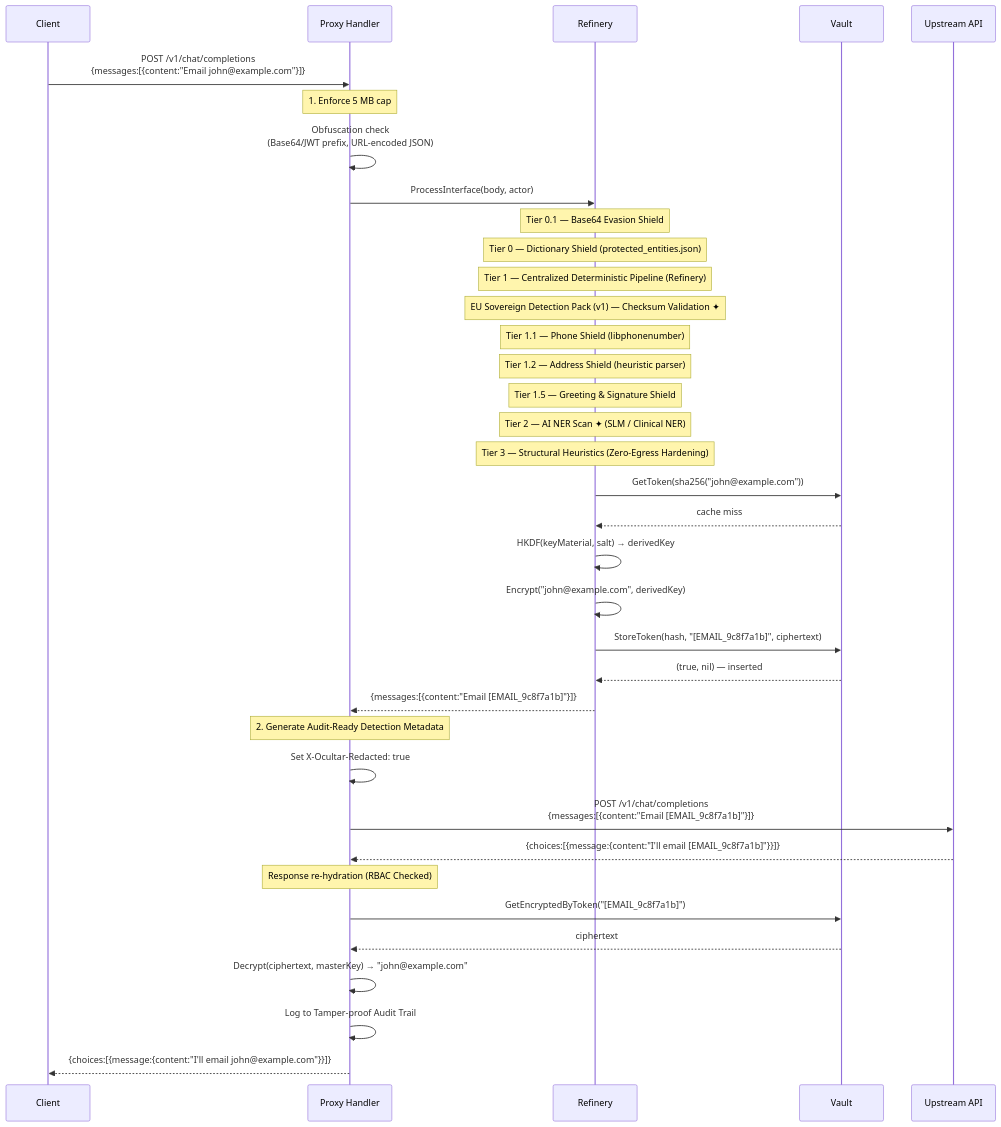
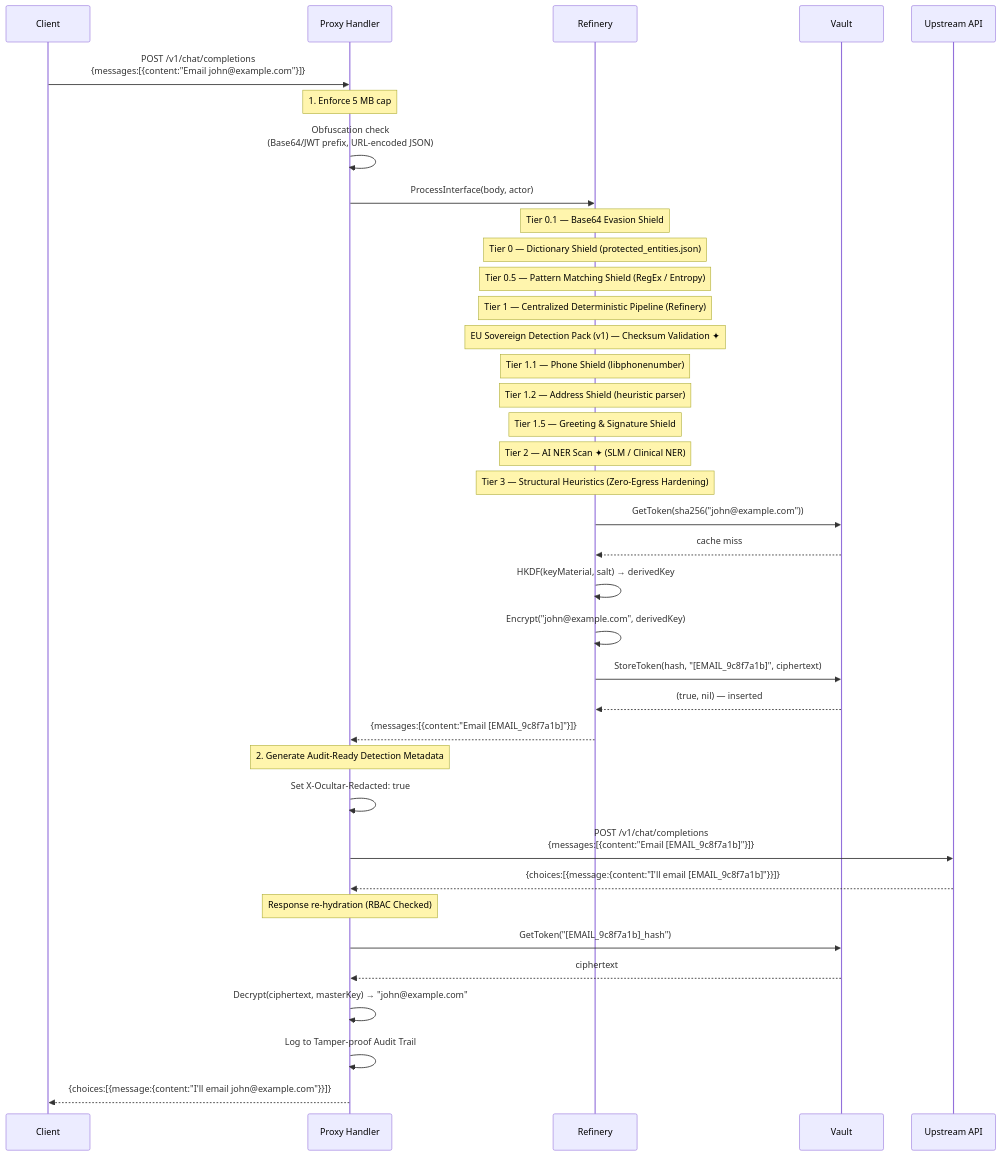
One commit to Edu963/ocultar changed the third of 5 diagrams in docs/reference/ARCHITECTURE.md. Above: the diagram before and after it, drawn with Mermaid. The commit also changed other lines of this file and 3 other files, not shown here.

Commit message:
docs: update architecture documentation and expand PII detection coverage for international ID formats

````diff
--- a/docs/reference/ARCHITECTURE.md
+++ b/docs/reference/ARCHITECTURE.md
@@ -101,47 +101,48 @@
 ```mermaid
 sequenceDiagram
     participant C as Client
     participant P as Proxy Handler
     participant E as Refinery
     participant V as Vault
     participant U as Upstream API
 
     C->>P: POST /v1/chat/completions<br/>{messages:[{content:"Email john@example.com"}]}
 
     Note over P: 1. Enforce 5 MB cap
     P->>P: Obfuscation check<br/>(Base64/JWT prefix, URL-encoded JSON)
 
     P->>E: ProcessInterface(body, actor)
 
     Note over E: Tier 0.1 — Base64 Evasion Shield
     Note over E: Tier 0 — Dictionary Shield (protected_entities.json)
+    Note over E: Tier 0.5 — Pattern Matching Shield (RegEx / Entropy)
     Note over E: Tier 1 — Centralized Deterministic Pipeline (Refinery)
     Note over E: EU Sovereign Detection Pack (v1) — Checksum Validation ✦
     Note over E: Tier 1.1 — Phone Shield (libphonenumber)
     Note over E: Tier 1.2 — Address Shield (heuristic parser)
     Note over E: Tier 1.5 — Greeting & Signature Shield
     Note over E: Tier 2 — AI NER Scan ✦ (SLM / Clinical NER)
     Note over E: Tier 3 — Structural Heuristics (Zero-Egress Hardening)
 
     E->>V: GetToken(sha256("john@example.com"))
     V-->>E: cache miss
     E->>E: HKDF(keyMaterial, salt) → derivedKey
     E->>E: Encrypt("john@example.com", derivedKey)
     E->>V: StoreToken(hash, "[EMAIL_9c8f7a1b]", ciphertext)
     V-->>E: (true, nil) — inserted
 
     E-->>P: {messages:[{content:"Email [EMAIL_9c8f7a1b]"}]}
     Note over P: 2. Generate Audit-Ready Detection Metadata
 
     P->>P: Set X-Ocultar-Redacted: true
     P->>U: POST /v1/chat/completions<br/>{messages:[{content:"Email [EMAIL_9c8f7a1b]"}]}
     U-->>P: {choices:[{message:{content:"I'll email [EMAIL_9c8f7a1b]"}}]}
 
     Note over P: Response re-hydration (RBAC Checked)
-    P->>V: GetEncryptedByToken("[EMAIL_9c8f7a1b]")
+    P->>V: GetToken("[EMAIL_9c8f7a1b]_hash")
     V-->>P: ciphertext
     P->>P: Decrypt(ciphertext, masterKey) → "john@example.com"
     P->>P: Log to Tamper-proof Audit Trail
 
     P-->>C: {choices:[{message:{content:"I'll email john@example.com"}}]}
 ```
````
